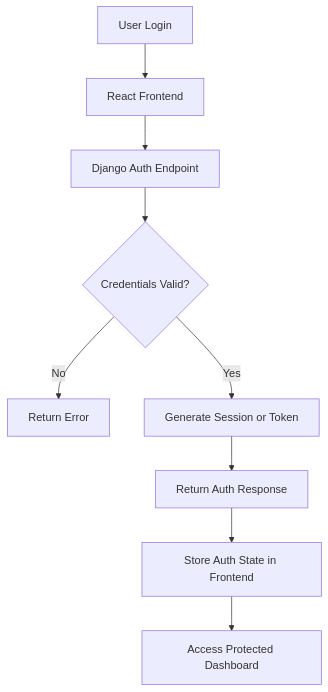
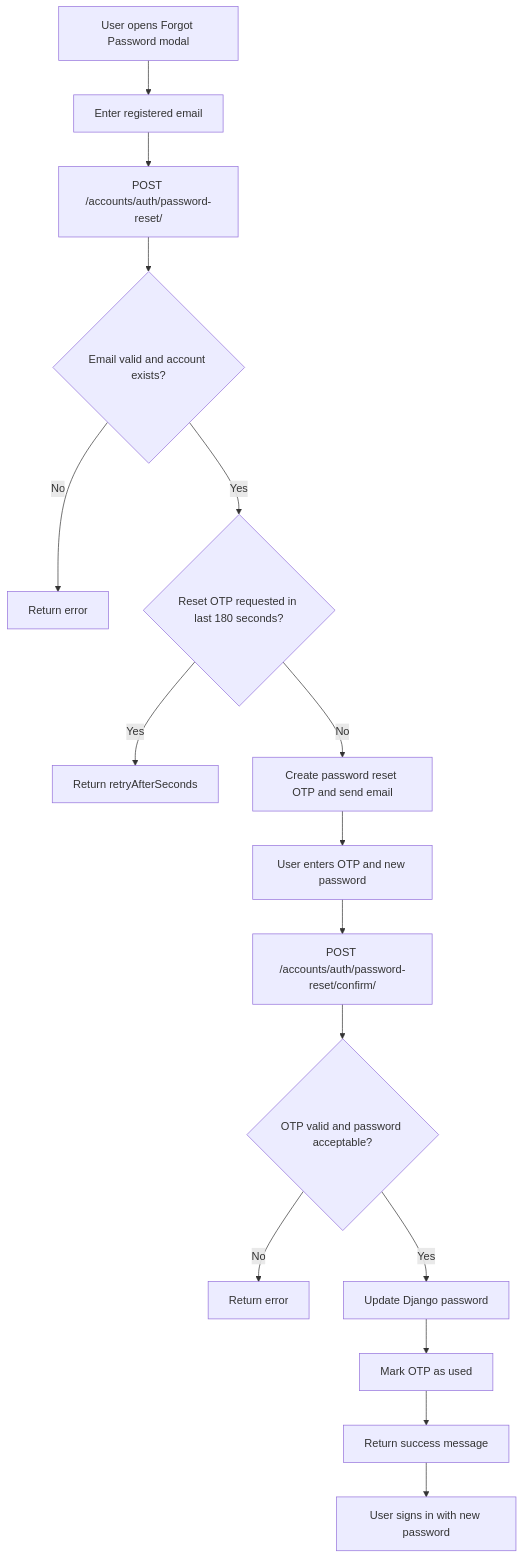
The second of 2 diagrams in docs/authentication-flow.md (itsaymii/Capstone-Project), drawn with Mermaid before and after one commit. The commit also changed other lines of this file and 1 other file, not shown here.

````diff
--- a/docs/authentication-flow.md
+++ b/docs/authentication-flow.md
@@ -5,11 +35,18 @@
 ```mermaid
 flowchart TD
-	A[User Login] --> B[React Frontend]
-	B --> C[Django Auth Endpoint]
-	C --> D{Credentials Valid?}
-	D -- No --> E[Return Error]
-	D -- Yes --> F[Generate Session or Token]
-	F --> G[Return Auth Response]
-	G --> H[Store Auth State in Frontend]
-	H --> I[Access Protected Dashboard]
+	A[User opens Forgot Password modal] --> B[Enter registered email]
+	B --> C[POST /accounts/auth/password-reset/]
+	C --> D{Email valid and account exists?}
+	D -- No --> E[Return error]
+	D -- Yes --> F{Reset OTP requested in last 180 seconds?}
+	F -- Yes --> G[Return retryAfterSeconds]
+	F -- No --> H[Create password reset OTP and send email]
+	H --> I[User enters OTP and new password]
+	I --> J[POST /accounts/auth/password-reset/confirm/]
+	J --> K{OTP valid and password acceptable?}
+	K -- No --> L[Return error]
+	K -- Yes --> M[Update Django password]
+	M --> N[Mark OTP as used]
+	N --> O[Return success message]
+	O --> P[User signs in with new password]
 ```
````
